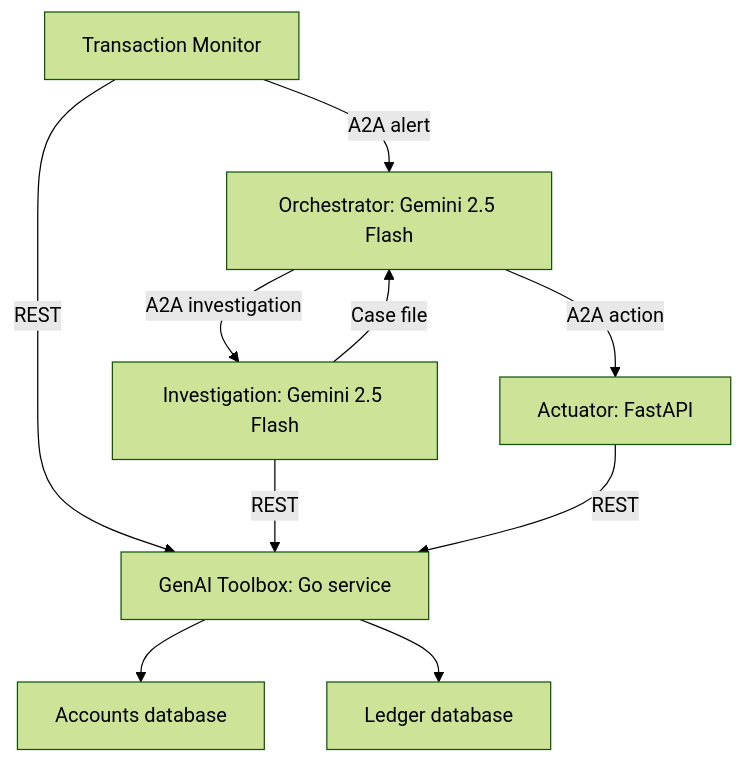
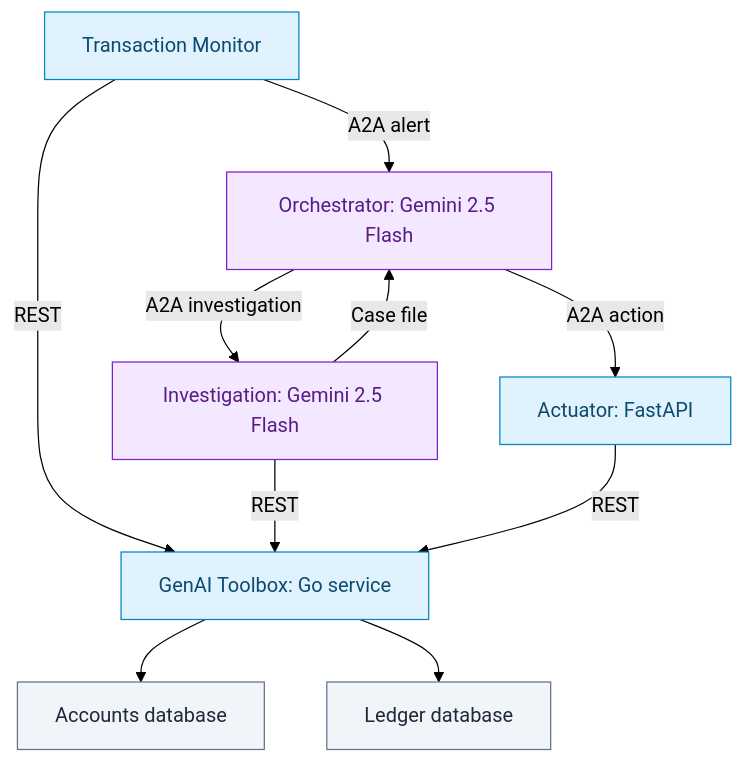
Before and after one commit to ayanliger/gke-turns10-hackathon-vigil: the diagram in README.md, drawn with Mermaid (forest theme). The commit also changed other lines of this file, not shown here.

First line of the commit message:
Add diagram layer colors and deployment warning

````diff
--- a/README.md
+++ b/README.md
@@ -7,12 +7,19 @@
 ```mermaid
 flowchart TD
     Monitor["Transaction Monitor"] -->|A2A alert| Orchestrator["Orchestrator: Gemini 2.5 Flash"]
     Orchestrator -->|A2A investigation| Investigator["Investigation: Gemini 2.5 Flash"]
     Investigator -->|Case file| Orchestrator
     Orchestrator -->|A2A action| Actuator["Actuator: FastAPI"]
     Monitor -->|REST| Toolbox["GenAI Toolbox: Go service"]
     Investigator -->|REST| Toolbox
     Actuator -->|REST| Toolbox
     Toolbox --> Accounts["Accounts database"]
     Toolbox --> Ledger["Ledger database"]
+
+    classDef llm fill:#f3e8ff,stroke:#7e22ce,color:#581c87
+    classDef service fill:#e0f2fe,stroke:#0284c7,color:#0c4a6e
+    classDef db fill:#f1f5f9,stroke:#64748b,color:#1e293b
+    class Orchestrator,Investigator llm
+    class Monitor,Actuator,Toolbox service
+    class Accounts,Ledger db
 ```
````
